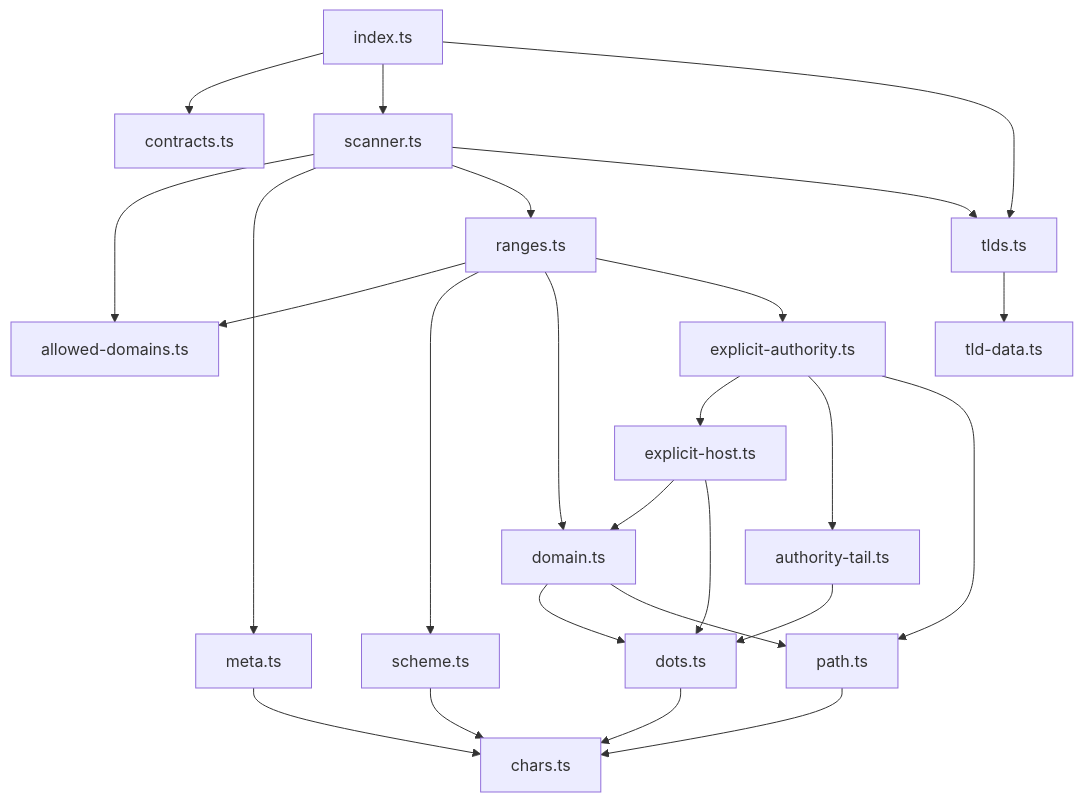
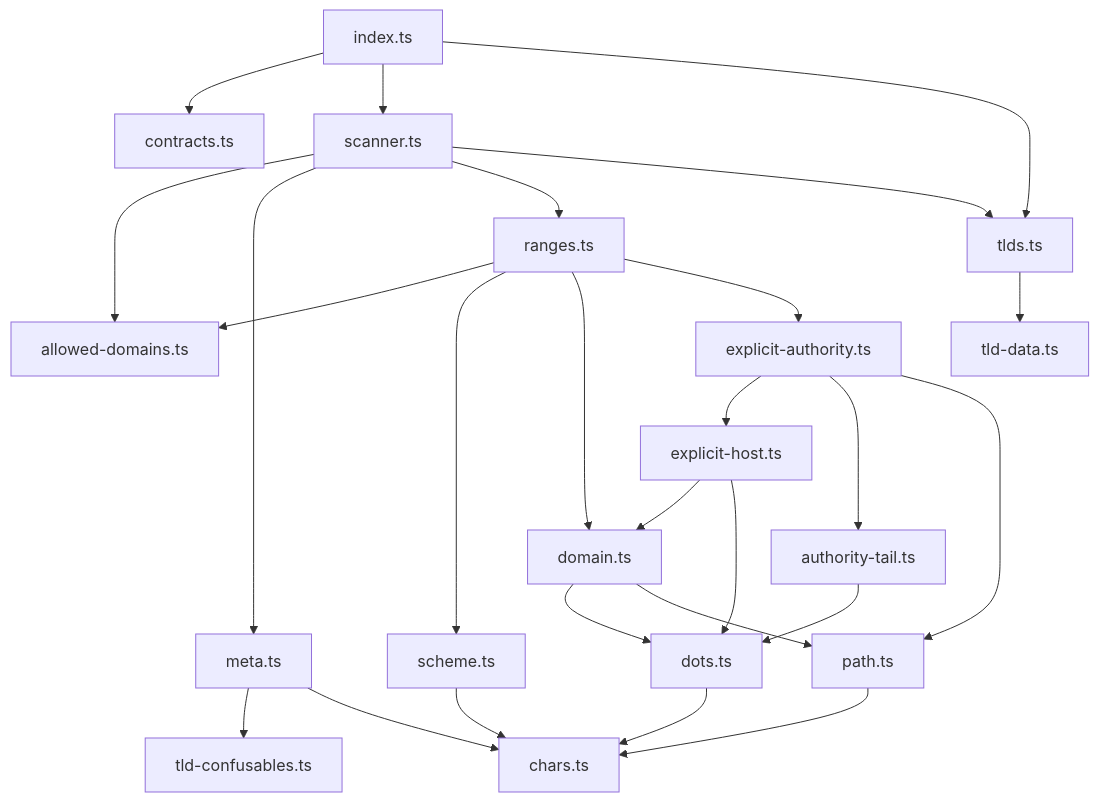
One commit to textfilters/textfilters changed the second of 2 diagrams in packages/url/docs/architecture.md. Above: the diagram before and after it, drawn with Mermaid. The commit also changed other lines of this file and 9 other files, not shown here.

````diff
--- a/packages/url/docs/architecture.md
+++ b/packages/url/docs/architecture.md
@@ -51,27 +51,28 @@
 ```mermaid
 graph TD
   index["index.ts"] --> contracts["contracts.ts"]
   index --> scanner["scanner.ts"]
   index --> tlds["tlds.ts"]
   scanner --> allowed["allowed-domains.ts"]
   scanner --> meta["meta.ts"]
   scanner --> ranges["ranges.ts"]
   scanner --> tlds
   tlds --> tldData["tld-data.ts"]
+  meta --> tldConfusables["tld-confusables.ts"]
   ranges --> allowed
   ranges --> scheme["scheme.ts"]
   ranges --> domain["domain.ts"]
   ranges --> explicit["explicit-authority.ts"]
   explicit --> host["explicit-host.ts"]
   explicit --> tail["authority-tail.ts"]
   explicit --> path["path.ts"]
   host --> domain
   host --> dots["dots.ts"]
   tail --> dots
   domain --> dots["dots.ts"]
   domain --> path
   scheme --> chars["chars.ts"]
   dots --> chars
   meta --> chars
   path --> chars
 ```
````
